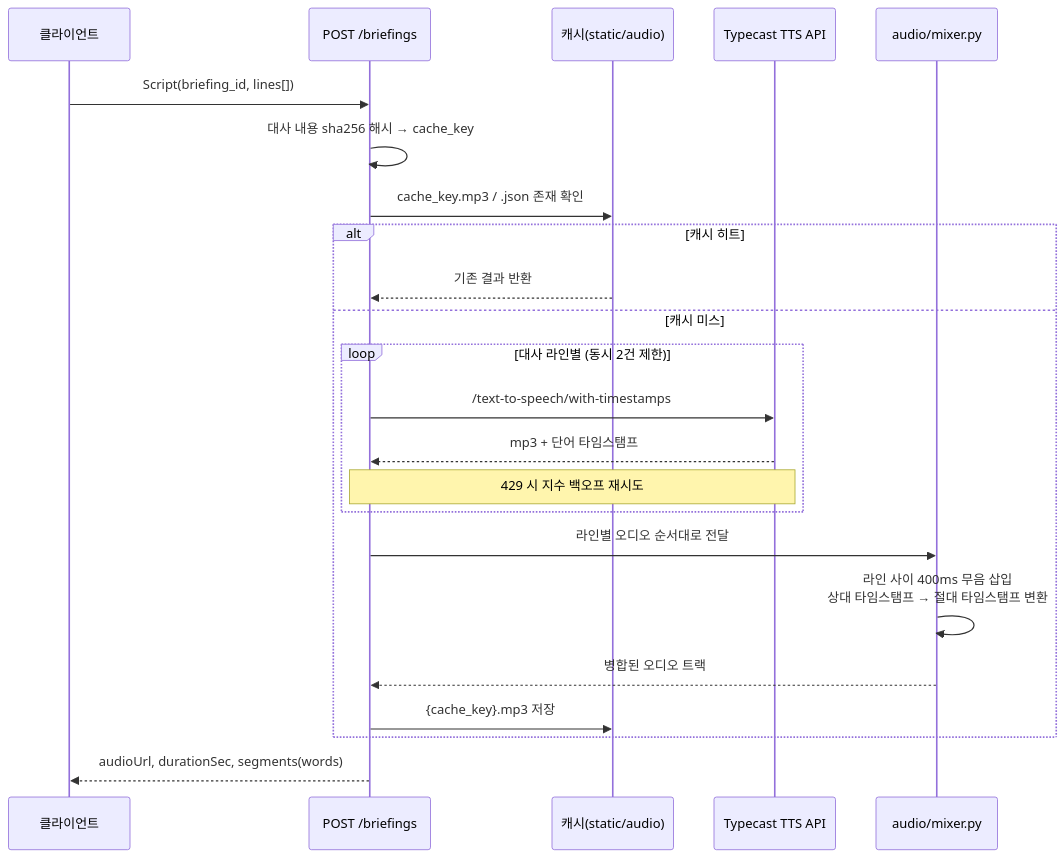
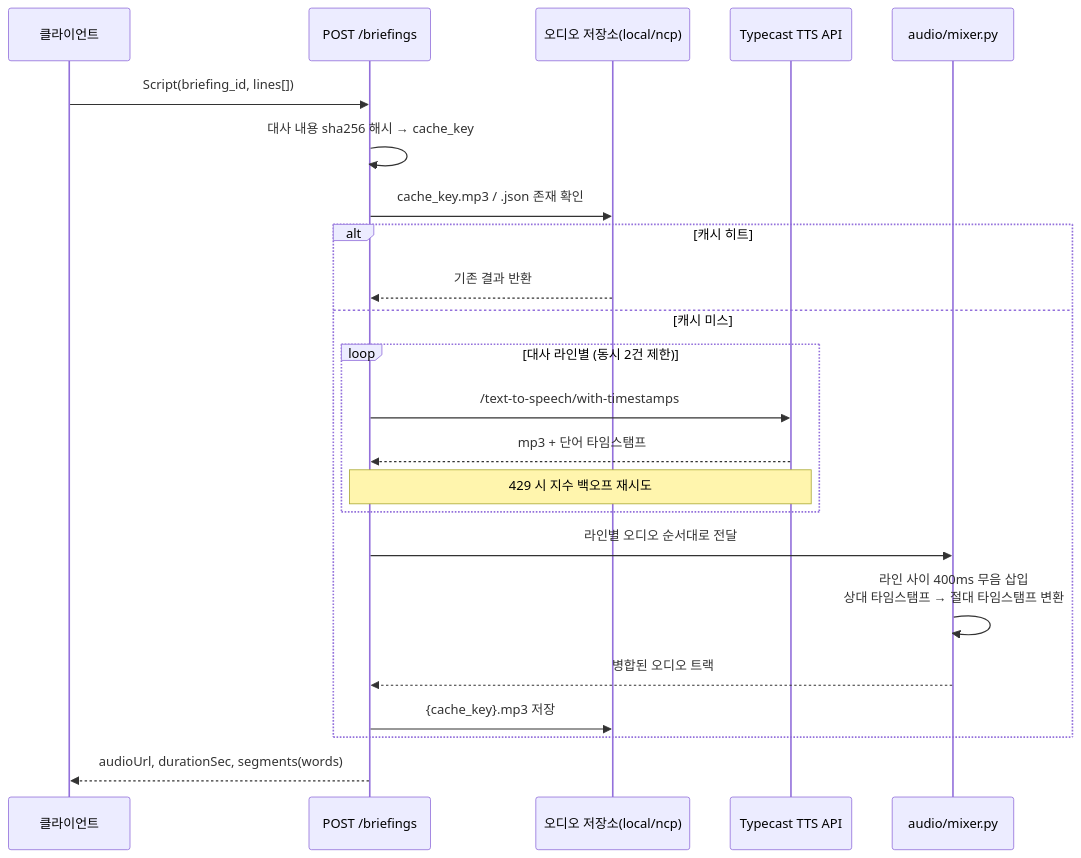
The diagram in tts-service/README.md (kom-cast/kom-cast-ai), drawn with Mermaid before and after one commit. The commit also changed other lines of this file and 8 other files, not shown here.

Commit message:
feat: 오디오 저장소를 로컬/NCP Object Storage로 스위칭 가능하게 변경

````diff
--- a/tts-service/README.md
+++ b/tts-service/README.md
@@ -25,28 +25,28 @@
 ```mermaid
 sequenceDiagram
     participant Client as 클라이언트
     participant API as POST /briefings
-    participant Cache as 캐시(static/audio)
+    participant Cache as 오디오 저장소(local/ncp)
     participant Typecast as Typecast TTS API
     participant Mixer as audio/mixer.py
 
     Client->>API: Script(briefing_id, lines[])
     API->>API: 대사 내용 sha256 해시 → cache_key
     API->>Cache: cache_key.mp3 / .json 존재 확인
 
     alt 캐시 히트
         Cache-->>API: 기존 결과 반환
     else 캐시 미스
         loop 대사 라인별 (동시 2건 제한)
             API->>Typecast: /text-to-speech/with-timestamps
             Typecast-->>API: mp3 + 단어 타임스탬프
             Note over API,Typecast: 429 시 지수 백오프 재시도
         end
         API->>Mixer: 라인별 오디오 순서대로 전달
         Mixer->>Mixer: 라인 사이 400ms 무음 삽입<br/>상대 타임스탬프 → 절대 타임스탬프 변환
         Mixer-->>API: 병합된 오디오 트랙
         API->>Cache: {cache_key}.mp3 저장
     end
 
     API-->>Client: audioUrl, durationSec, segments(words)
 ```
````
